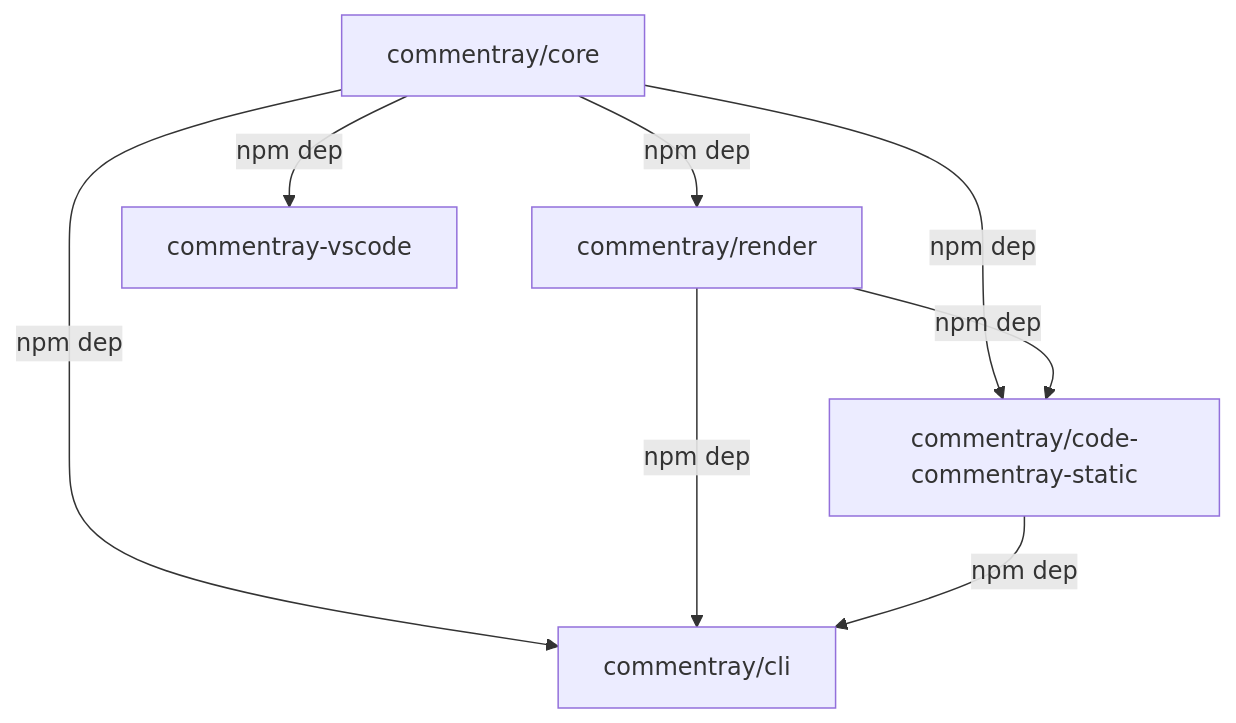
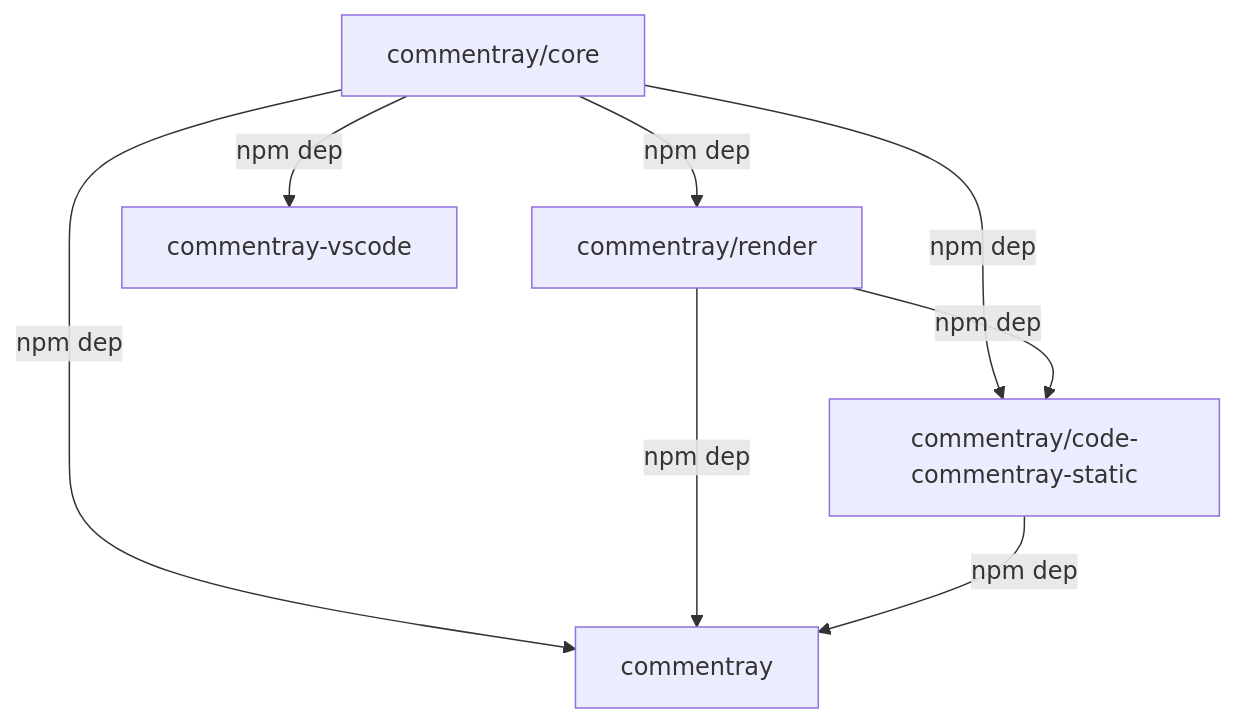
The diagram in .commentray/source/README.md/architecture.md (d-led/commentray), drawn with Mermaid before and after one commit. The commit also changed other lines of this file and 17 other files, not shown here.

First line of the commit message:
Refactor Commentray package structure and CLI naming

````diff
--- a/.commentray/source/README.md/architecture.md
+++ b/.commentray/source/README.md/architecture.md
@@ -7,16 +7,16 @@
 ```mermaid
 flowchart TB
   core["commentray/core"]
   pkgRender["commentray/render"]
   ccStatic["commentray/code-commentray-static"]
-  cli["commentray/cli"]
+  cli["commentray"]
   vscode["commentray-vscode"]
 
   core -->|npm dep| pkgRender
   core -->|npm dep| ccStatic
   pkgRender -->|npm dep| ccStatic
   core -->|npm dep| cli
   pkgRender -->|npm dep| cli
   ccStatic -->|npm dep| cli
   core -->|npm dep| vscode
 ```
````
